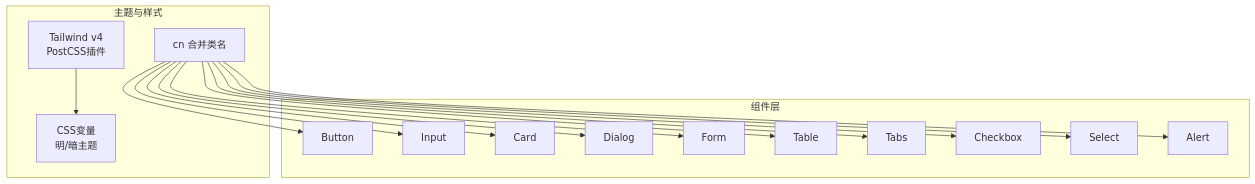
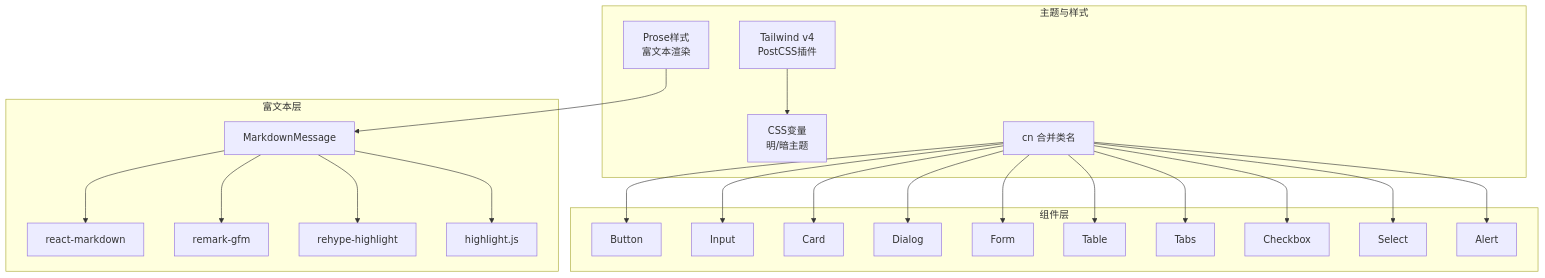
One commit to ghbbn053-ship-itsoulddog/soulddog changed the second of 5 diagrams in .qoder/repowiki/zh/content/前端应用文档/UI组件库与样式系统.md. Above: the diagram before and after it, drawn with Mermaid. The commit also changed other lines of this file and 13 other files, not shown here.

````diff
--- a/.qoder/repowiki/zh/content/前端应用文档/UI组件库与样式系统.md
+++ b/.qoder/repowiki/zh/content/前端应用文档/UI组件库与样式系统.md
@@ -132,31 +153,44 @@
 ```mermaid
 graph TB
 subgraph "主题与样式"
 V["CSS变量<br/>明/暗主题"]
 TW["Tailwind v4<br/>PostCSS插件"]
 CN["cn 合并类名"]
+PROSE["Prose样式<br/>富文本渲染"]
+end
+subgraph "富文本层"
+MM["MarkdownMessage"]
+RM["react-markdown"]
+RG["remark-gfm"]
+RH["rehype-highlight"]
+HL["highlight.js"]
 end
 subgraph "组件层"
 BTN["Button"]
 INP["Input"]
 CAR["Card"]
 DIA["Dialog"]
 FRM["Form"]
 TAB["Table"]
 TBZ["Tabs"]
 CHK["Checkbox"]
 SEL["Select"]
 ALR["Alert"]
 end
 TW --> V
 CN --> BTN
 CN --> INP
 CN --> CAR
 CN --> DIA
 CN --> FRM
 CN --> TAB
 CN --> TBZ
 CN --> CHK
 CN --> SEL
 CN --> ALR
+MM --> RM
+MM --> RG
+MM --> RH
+MM --> HL
+PROSE --> MM
 ```
````
